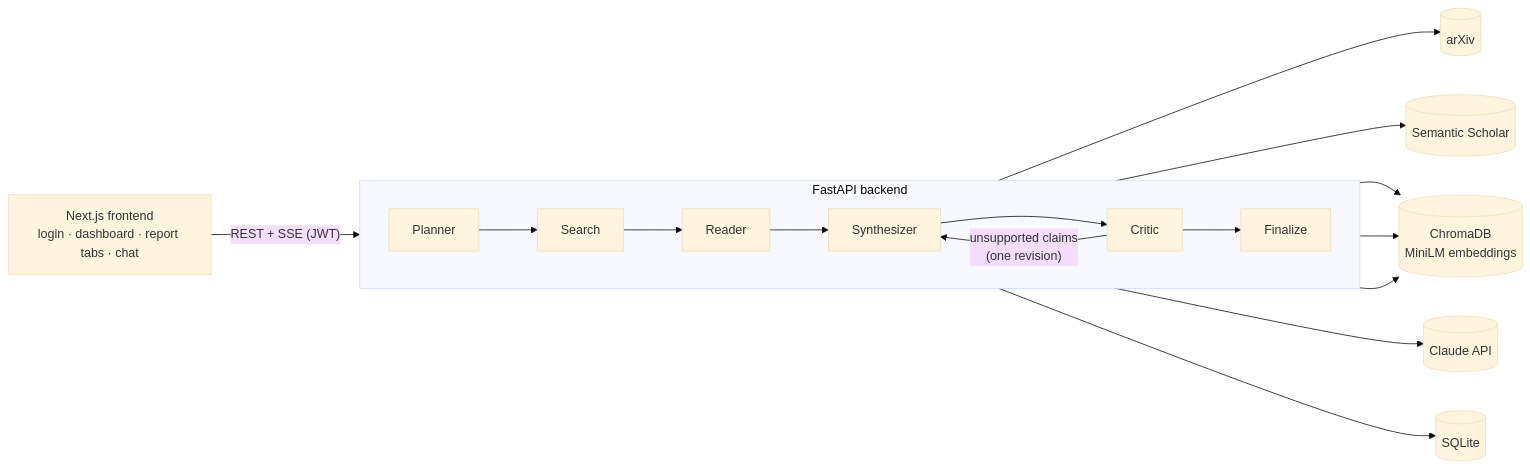
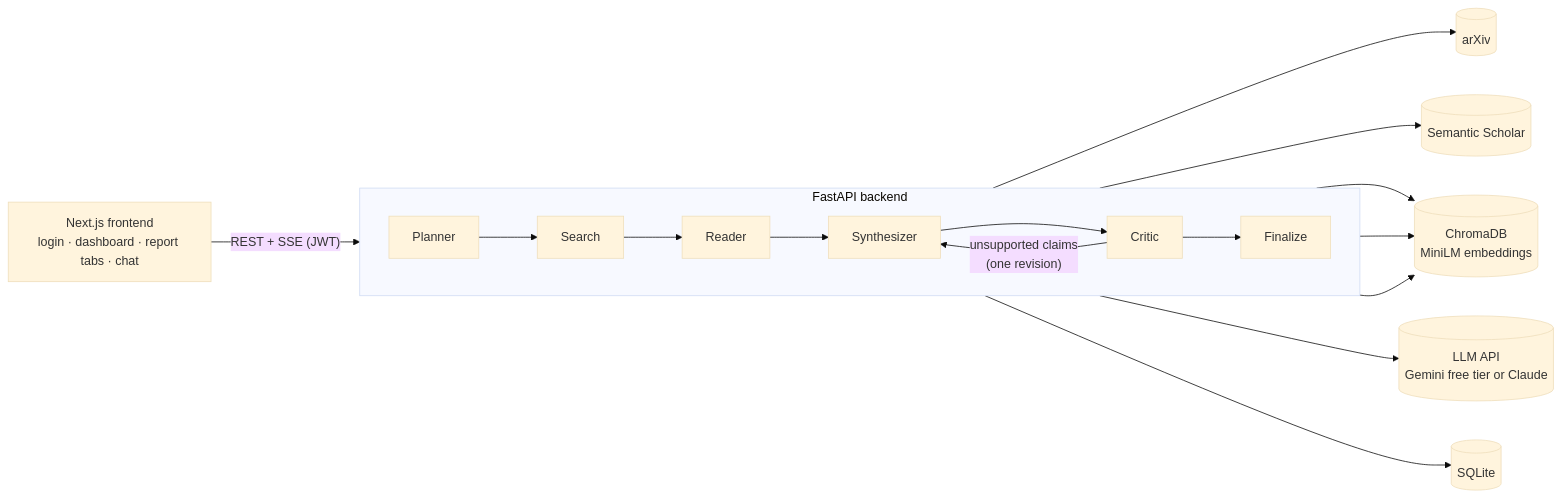
The diagram in README.md (ascendantAnshuman/researchpilot), drawn with Mermaid (base theme) before and after one commit. The commit also changed other lines of this file and 10 other files, not shown here.

First line of the commit message:
Harden the free-tier model pool and make eval wording provider-neutral

````diff
--- a/README.md
+++ b/README.md
@@ -20,18 +20,18 @@
 ```mermaid
 flowchart LR
     UI["Next.js frontend<br/>login · dashboard · report tabs · chat"]
     subgraph API["FastAPI backend"]
         direction LR
         P[Planner] --> S[Search] --> R[Reader] --> SY[Synthesizer] --> C[Critic]
         C -->|"unsupported claims<br/>(one revision)"| SY
         C --> F[Finalize]
     end
     UI -->|"REST + SSE (JWT)"| API
     S --> AX[(arXiv)]
     S --> SS[(Semantic Scholar)]
     R --> V[(ChromaDB<br/>MiniLM embeddings)]
     SY --> V
     C --> V
-    API --> CL[(Claude API)]
+    API --> CL[("LLM API<br/>Gemini free tier or Claude")]
     API --> DB[(SQLite)]
 ```
````
